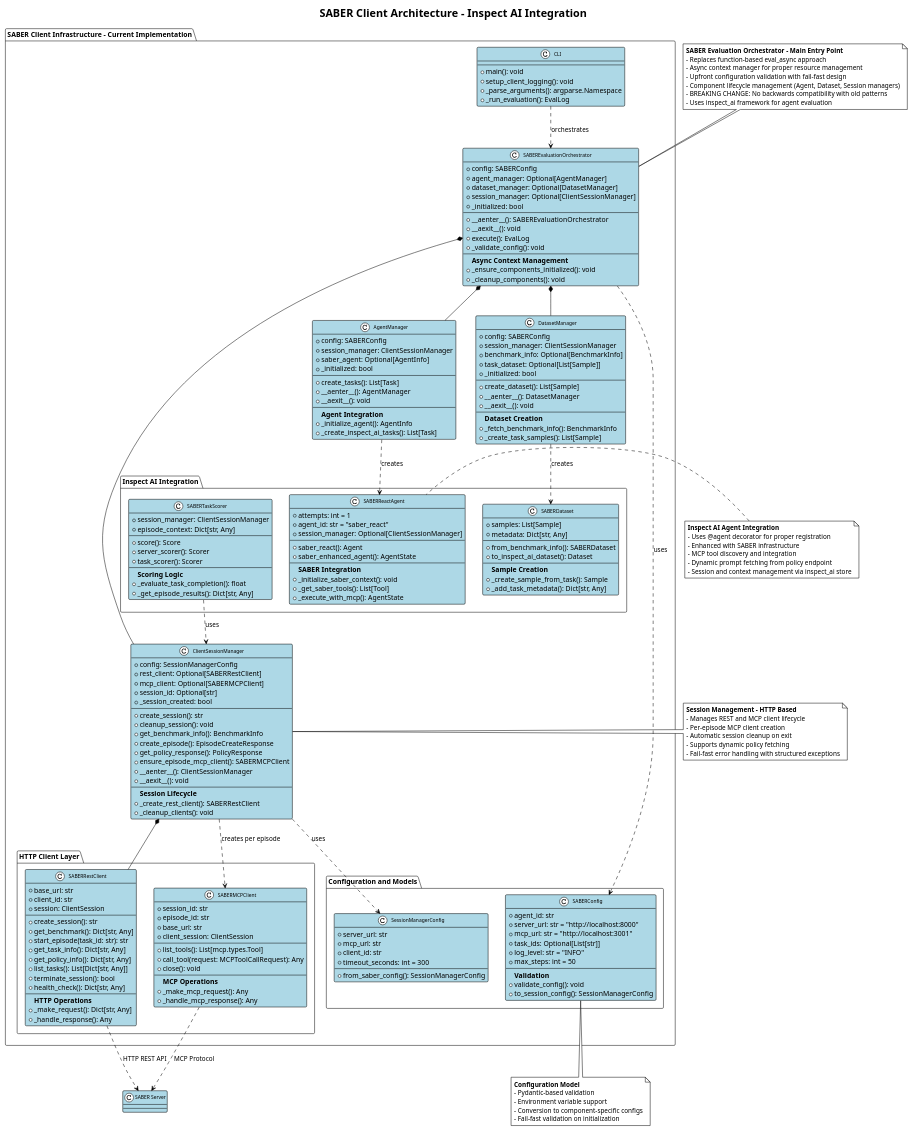
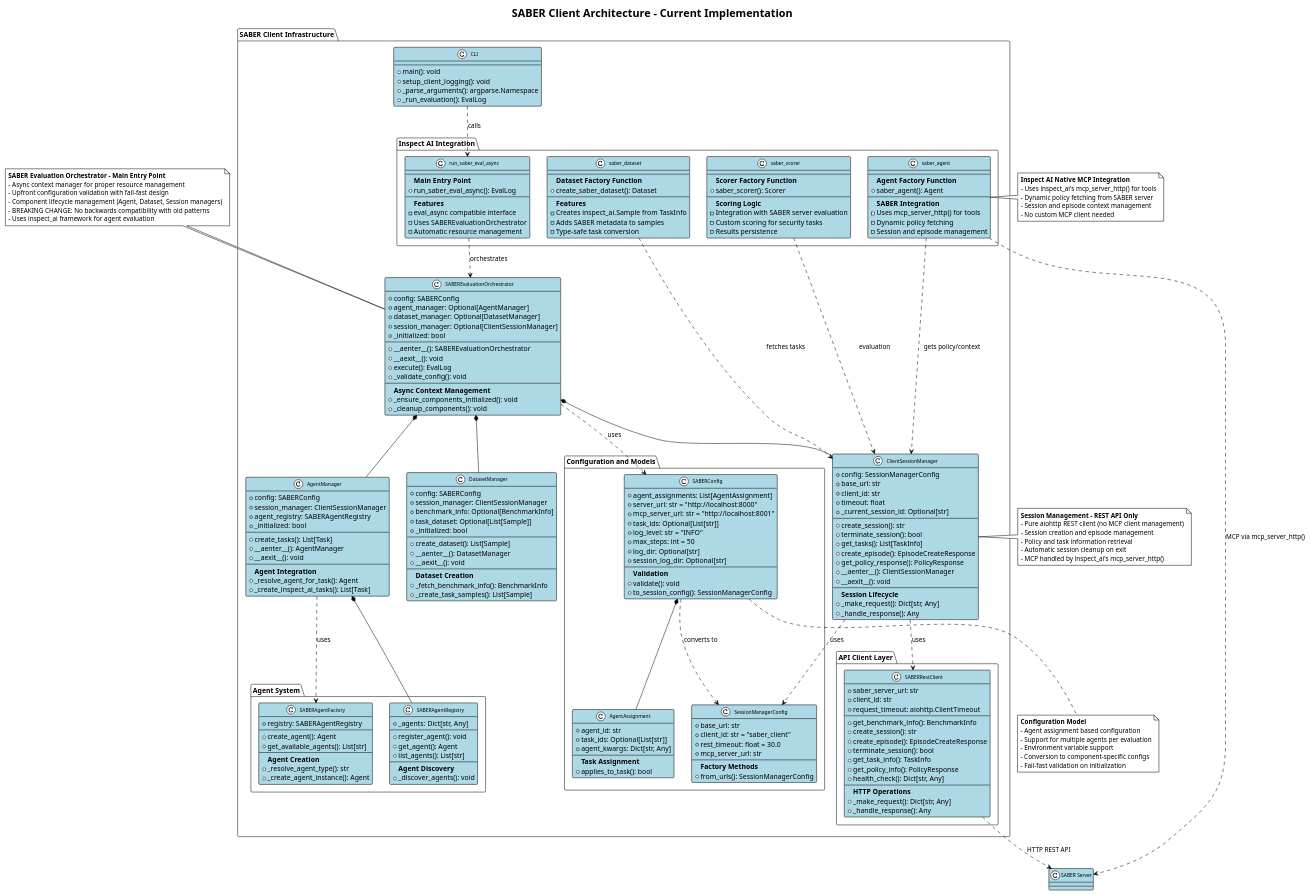
The diagram in docs/client/client_architecture.puml (microsoft/ACES), drawn with PlantUML before and after one commit. The commit also changed other lines of this file and 48 other files, not shown here.

```diff
--- a/docs/client/client_architecture.puml
+++ b/docs/client/client_architecture.puml
@@ -1,7 +1,7 @@
-@startuml SABER Client Architecture - Inspect AI Integration
+@startuml SABER Client Architecture - Current Implementation
 
 !theme plain
-title SABER Client Architecture - Inspect AI Integration
+title SABER Client Architecture - Current Implementation
 
 skinparam class {
     BackgroundColor lightblue
@@ -16,7 +16,7 @@
     FontSize 10
 }
 
-package "SABER Client Infrastructure - Current Implementation" {
+package "SABER Client Infrastructure" {
 
     class SABEREvaluationOrchestrator {
         +config: SABERConfig
@@ -38,7 +38,7 @@
     class AgentManager {
         +config: SABERConfig
         +session_manager: ClientSessionManager
-        +saber_agent: Optional[AgentInfo]
+        +agent_registry: SABERAgentRegistry
         +_initialized: bool
         --
         +create_tasks(): List[Task]
@@ -46,7 +46,7 @@
         +__aexit__(): void
         --
         **Agent Integration**
-        +_initialize_agent(): AgentInfo
+        +_resolve_agent_for_task(): Agent
         +_create_inspect_ai_tasks(): List[Task]
     }
 
@@ -68,123 +68,147 @@
 
     class ClientSessionManager {
         +config: SessionManagerConfig
-        +rest_client: Optional[SABERRestClient]
-        +mcp_client: Optional[SABERMCPClient]
-        +session_id: Optional[str]
-        +_session_created: bool
+        +base_url: str
+        +client_id: str
+        +timeout: float
+        +_current_session_id: Optional[str]
         --
         +create_session(): str
-        +cleanup_session(): void
-        +get_benchmark_info(): BenchmarkInfo
+        +terminate_session(): bool
+        +get_tasks(): List[TaskInfo]
         +create_episode(): EpisodeCreateResponse
         +get_policy_response(): PolicyResponse
-        +ensure_episode_mcp_client(): SABERMCPClient
         +__aenter__(): ClientSessionManager
         +__aexit__(): void
         --
         **Session Lifecycle**
-        +_create_rest_client(): SABERRestClient
-        +_cleanup_clients(): void
+        +_make_request(): Dict[str, Any]
+        +_handle_response(): Any
     }
 
-    package "HTTP Client Layer" {
+    package "API Client Layer" {
         class SABERRestClient {
-            +base_url: str
+            +saber_server_url: str
             +client_id: str
-            +session: ClientSession
+            +request_timeout: aiohttp.ClientTimeout
             --
+            +get_benchmark_info(): BenchmarkInfo
             +create_session(): str
-            +get_benchmark(): Dict[str, Any]
-            +start_episode(task_id: str): str
-            +get_task_info(): Dict[str, Any]
-            +get_policy_info(): Dict[str, Any]
-            +list_tasks(): List[Dict[str, Any]]
+            +create_episode(): EpisodeCreateResponse
             +terminate_session(): bool
+            +get_task_info(): TaskInfo
+            +get_policy_info(): PolicyResponse
             +health_check(): Dict[str, Any]
             --
             **HTTP Operations**
             +_make_request(): Dict[str, Any]
             +_handle_response(): Any
         }
+    }
 
-        class SABERMCPClient {
-            +session_id: str
-            +episode_id: str
-            +base_url: str
-            +client_session: ClientSession
+    package "Agent System" {
+        class SABERAgentRegistry {
+            +_agents: Dict[str, Any]
             --
-            +list_tools(): List[mcp.types.Tool]
-            +call_tool(request: MCPToolCallRequest): Any
-            +close(): void
+            +register_agent(): void
+            +get_agent(): Agent
+            +list_agents(): List[str]
             --
-            **MCP Operations**
-            +_make_mcp_request(): Any
-            +_handle_mcp_response(): Any
+            **Agent Discovery**
+            +_discover_agents(): void
+        }
+
+        class SABERAgentFactory {
+            +registry: SABERAgentRegistry
+            --
+            +create_agent(): Agent
+            +get_available_agents(): List[str]
+            --
+            **Agent Creation**
+            +_resolve_agent_type(): str
+            +_create_agent_instance(): Agent
         }
     }
 
     package "Inspect AI Integration" {
-        class SABERDataset {
-            +samples: List[Sample]
-            +metadata: Dict[str, Any]
+        class saber_dataset {
             --
-            +from_benchmark_info(): SABERDataset
-            +to_inspect_ai_dataset(): Dataset
+            **Dataset Factory Function**
+            +create_saber_dataset(): Dataset
             --
-            **Sample Creation**
-            +_create_sample_from_task(): Sample
-            +_add_task_metadata(): Dict[str, Any]
+            **Features**
+            - Creates inspect_ai.Sample from TaskInfo
+            - Adds SABER metadata to samples
+            - Type-safe task conversion
         }
 
-        class SABERReactAgent {
-            +attempts: int = 1
-            +agent_id: str = "saber_react"
-            +session_manager: Optional[ClientSessionManager]
+        class saber_agent {
             --
-            +saber_react(): Agent
-            +saber_enhanced_agent(): AgentState
+            **Agent Factory Function**
+            +saber_agent(): Agent
             --
             **SABER Integration**
-            +_initialize_saber_context(): void
-            +_get_saber_tools(): List[Tool]
-            +_execute_with_mcp(): AgentState
+            - Uses mcp_server_http() for tools
+            - Dynamic policy fetching
+            - Session and episode management
         }
 
-        class SABERTaskScorer {
-            +session_manager: ClientSessionManager
-            +episode_context: Dict[str, Any]
+        class saber_scorer {
             --
-            +score(): Score
-            +server_scorer(): Scorer
-            +task_scorer(): Scorer
+            **Scorer Factory Function**
+            +saber_scorer(): Scorer
             --
             **Scoring Logic**
-            +_evaluate_task_completion(): float
-            +_get_episode_results(): Dict[str, Any]
+            - Integration with SABER server evaluation
+            - Custom scoring for security tasks
+            - Results persistence
+        }
+
+        class run_saber_eval_async {
+            --
+            **Main Entry Point**
+            +run_saber_eval_async(): EvalLog
+            --
+            **Features**
+            - eval_async compatible interface
+            - Uses SABEREvaluationOrchestrator
+            - Automatic resource management
         }
     }
 
     package "Configuration and Models" {
         class SABERConfig {
-            +agent_id: str
+            +agent_assignments: List[AgentAssignment]
             +server_url: str = "http://localhost:8000"
-            +mcp_url: str = "http://localhost:3001"
+            +mcp_server_url: str = "http://localhost:8001"
             +task_ids: Optional[List[str]]
             +log_level: str = "INFO"
             +max_steps: int = 50
+            +log_dir: Optional[str]
+            +session_log_dir: Optional[str]
             --
             **Validation**
-            +validate_config(): void
+            +validate(): void
             +to_session_config(): SessionManagerConfig
         }
 
         class SessionManagerConfig {
-            +server_url: str
-            +mcp_url: str
-            +client_id: str
-            +timeout_seconds: int = 300
+            +base_url: str
+            +client_id: str = "saber_client"
+            +rest_timeout: float = 30.0
+            +mcp_server_url: str
             --
-            +from_saber_config(): SessionManagerConfig
+            **Factory Methods**
+            +from_urls(): SessionManagerConfig
+        }
+
+        class AgentAssignment {
+            +agent_id: str
+            +task_ids: Optional[List[str]]
+            +agent_kwargs: Dict[str, Any]
+            --
+            **Task Assignment**
+            +applies_to_task(): bool
         }
     }
 
@@ -201,28 +225,31 @@
 SABEREvaluationOrchestrator *-- AgentManager
 SABEREvaluationOrchestrator *-- DatasetManager
 SABEREvaluationOrchestrator *-- ClientSessionManager
-ClientSessionManager *-- SABERRestClient
-ClientSessionManager ..> SABERMCPClient : creates per episode
+AgentManager *-- SABERAgentRegistry
+AgentManager ..> SABERAgentFactory : uses
+ClientSessionManager ..> SABERRestClient : uses
 
 ' Inspect AI Integration
-AgentManager ..> SABERReactAgent : creates
-DatasetManager ..> SABERDataset : creates
-SABERTaskScorer ..> ClientSessionManager : uses
+run_saber_eval_async ..> SABEREvaluationOrchestrator : orchestrates
+saber_dataset ..> ClientSessionManager : fetches tasks
+saber_agent ..> ClientSessionManager : gets policy/context
+saber_scorer ..> ClientSessionManager : evaluation
 
 ' Configuration
 SABEREvaluationOrchestrator ..> SABERConfig : uses
+SABERConfig *-- AgentAssignment
+SABERConfig ..> SessionManagerConfig : converts to
 ClientSessionManager ..> SessionManagerConfig : uses
 
 ' CLI orchestration
-CLI ..> SABEREvaluationOrchestrator : orchestrates
+CLI ..> run_saber_eval_async : calls
 
 ' External communication
 SABERRestClient ..> "SABER Server" : "HTTP REST API"
-SABERMCPClient ..> "SABER Server" : "MCP Protocol"
+saber_agent ..> "SABER Server" : "MCP via mcp_server_http()"
 
 note top of SABEREvaluationOrchestrator
 **SABER Evaluation Orchestrator - Main Entry Point**
-- Replaces function-based eval_async approach
 - Async context manager for proper resource management
 - Upfront configuration validation with fail-fast design
 - Component lifecycle management (Agent, Dataset, Session managers)
@@ -231,26 +258,26 @@
 end note
 
 note right of ClientSessionManager
-**Session Management - HTTP Based**
-- Manages REST and MCP client lifecycle
-- Per-episode MCP client creation
+**Session Management - REST API Only**
+- Pure aiohttp REST client (no MCP client management)
+- Session creation and episode management
+- Policy and task information retrieval
 - Automatic session cleanup on exit
-- Supports dynamic policy fetching
-- Fail-fast error handling with structured exceptions
+- MCP handled by inspect_ai's mcp_server_http()
 end note
 
-note left of SABERReactAgent
-**Inspect AI Agent Integration**
-- Uses @agent decorator for proper registration
-- Enhanced with SABER infrastructure
-- MCP tool discovery and integration
-- Dynamic prompt fetching from policy endpoint
-- Session and context management via inspect_ai store
+note left of saber_agent
+**Inspect AI Native MCP Integration**
+- Uses inspect_ai's mcp_server_http() for tools
+- Dynamic policy fetching from SABER server
+- Session and episode context management
+- No custom MCP client needed
 end note
 
 note bottom of SABERConfig
 **Configuration Model**
-- Pydantic-based validation
+- Agent assignment based configuration
+- Support for multiple agents per evaluation
 - Environment variable support
 - Conversion to component-specific configs
 - Fail-fast validation on initialization
```
